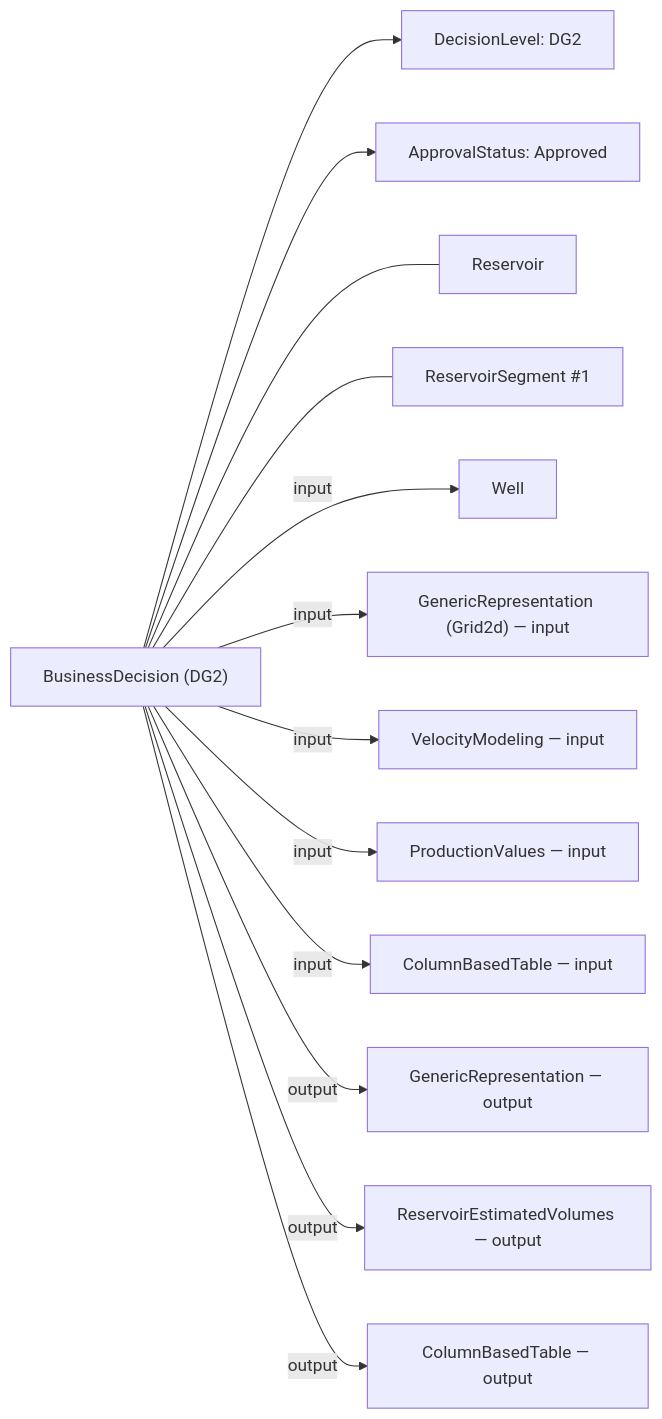
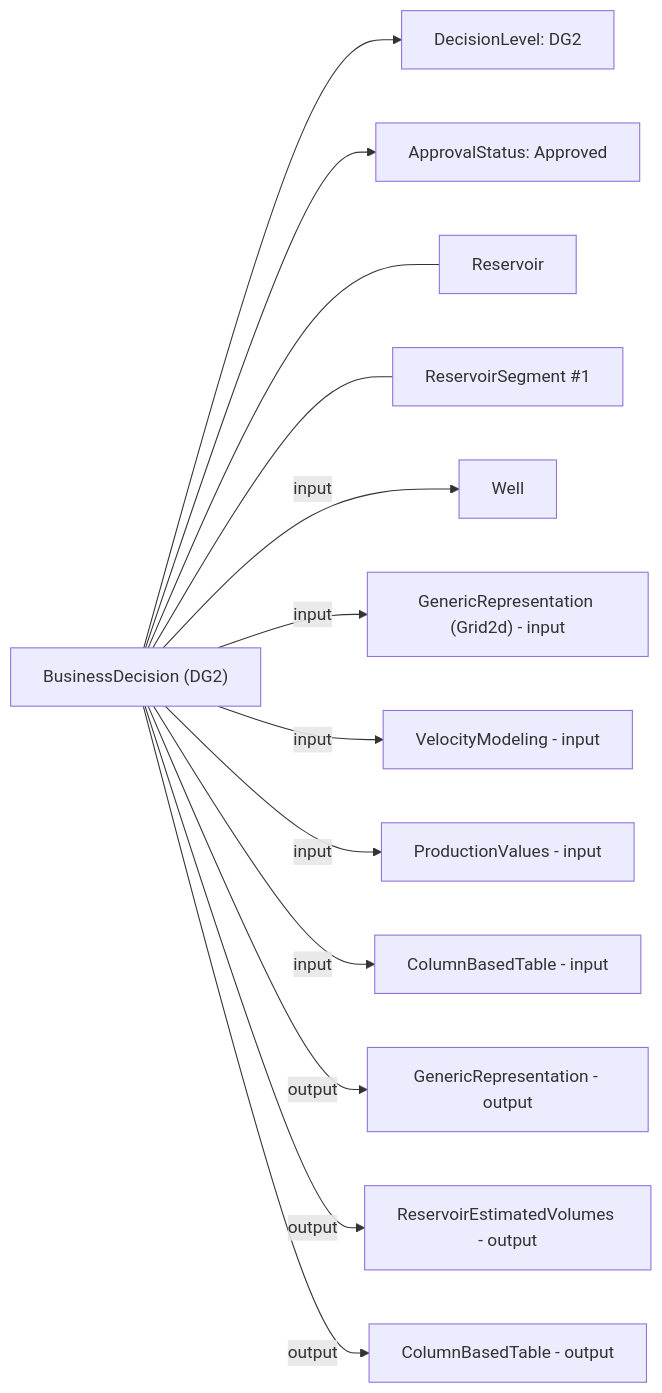
The first of 2 diagrams in md/BusinessDecision.md (marcusapel/ores), drawn with Mermaid before and after one commit. The commit also changed other lines of this file and 153 other files, not shown here.

````diff
--- a/md/BusinessDecision.md
+++ b/md/BusinessDecision.md
@@ -112,29 +112,29 @@
 ```mermaid
 graph LR
   BD["BusinessDecision (DG2)"]
   DL["DecisionLevel: DG2"]
   AS["ApprovalStatus: Approved"]
   R["Reservoir"]
   RS1["ReservoirSegment #1"]
   W1["Well"]
-  GRin["GenericRepresentation (Grid2d) — input"]
-  VM["VelocityModeling — input"]
-  PV["ProductionValues — input"]
-  CBTin["ColumnBasedTable — input"]
-  GRout["GenericRepresentation — output"]
-  REV["ReservoirEstimatedVolumes — output"]
-  CBTout["ColumnBasedTable — output"]
+  GRin["GenericRepresentation (Grid2d) - input"]
+  VM["VelocityModeling - input"]
+  PV["ProductionValues - input"]
+  CBTin["ColumnBasedTable - input"]
+  GRout["GenericRepresentation - output"]
+  REV["ReservoirEstimatedVolumes - output"]
+  CBTout["ColumnBasedTable - output"]
 
   BD --> DL
   BD --> AS
   BD --- R
   BD --- RS1
   BD -- input --> W1
   BD -- input --> GRin
   BD -- input --> VM
   BD -- input --> PV
   BD -- input --> CBTin
   BD -- output --> GRout
   BD -- output --> REV
   BD -- output --> CBTout
 ```
````
